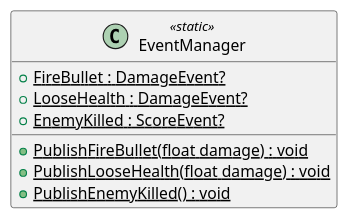
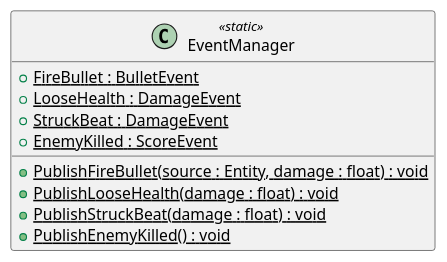
The diagram in plantuml/EventManager.puml (Ruby1405/PaceInvaders), drawn with PlantUML before and after one commit. The commit also changed 10 other files, not shown here.

Commit message:
Updated class diagram

```diff
--- a/plantuml/EventManager.puml
+++ b/plantuml/EventManager.puml
@@ -1,10 +1,12 @@
 @startuml
 class EventManager <<static>> {
-    + {static} FireBullet : DamageEvent?
-    + {static} LooseHealth : DamageEvent?
-    + {static} EnemyKilled : ScoreEvent?
-    + {static} PublishFireBullet(float damage) : void
-    + {static} PublishLooseHealth(float damage) : void
+    + {static} FireBullet : BulletEvent
+    + {static} LooseHealth : DamageEvent
+    + {static} StruckBeat : DamageEvent
+    + {static} EnemyKilled : ScoreEvent
+    + {static} PublishFireBullet(source : Entity, damage : float) : void
+    + {static} PublishLooseHealth(damage : float) : void
+    + {static} PublishStruckBeat(damage : float) : void
     + {static} PublishEnemyKilled() : void
 }
 @enduml
```
